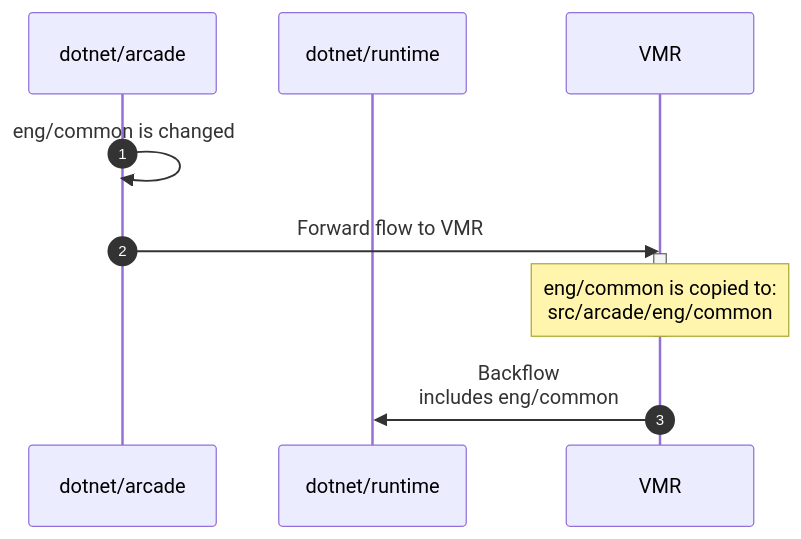
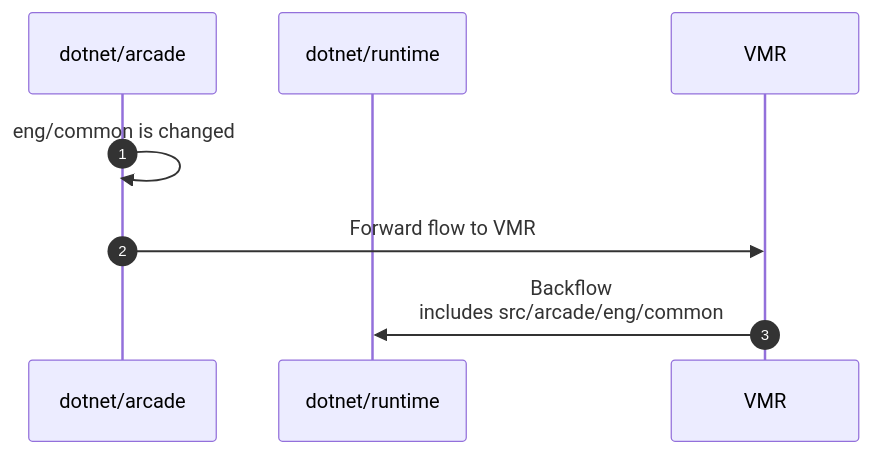
The fourth of 5 diagrams in Documentation/UnifiedBuild/VMR-Full-Code-Flow.md (dotnet/arcade), drawn with Mermaid before and after one commit. The commit also changed other lines of this file, not shown here.

Commit message:
Address feedback

````diff
--- a/Documentation/UnifiedBuild/VMR-Full-Code-Flow.md
+++ b/Documentation/UnifiedBuild/VMR-Full-Code-Flow.md
@@ -493,16 +493,12 @@
 ```mermaid
 sequenceDiagram
     autonumber
 
     participant arcade as dotnet/arcade
     participant runtime as dotnet/runtime
     participant VMR as VMR
 
     arcade->>arcade: eng/common is changed
     arcade->>VMR: Forward flow to VMR
-    activate VMR
-    Note over VMR: eng/common is copied to:<br>src/arcade/eng/common
-    deactivate VMR
-
-    VMR->>runtime: Backflow<br>includes eng/common
+    VMR->>runtime: Backflow<br>includes src/arcade/eng/common
 ```
````
